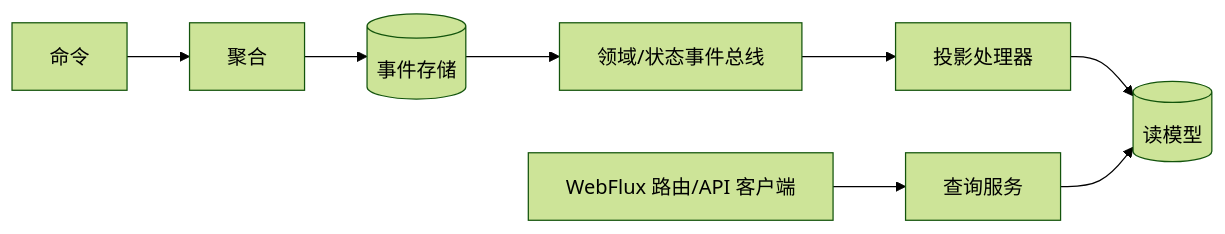
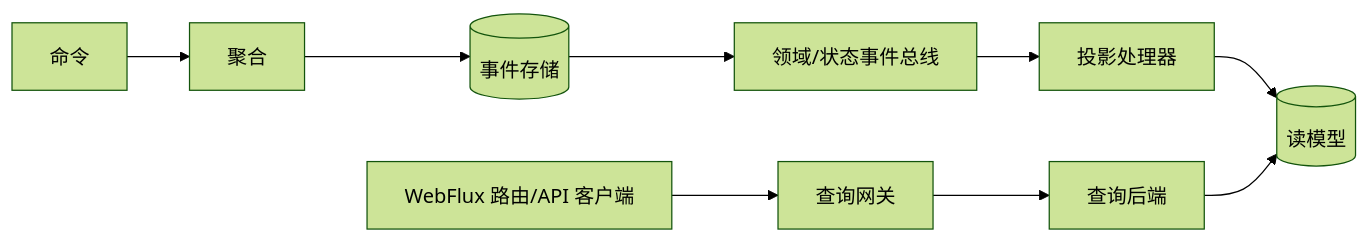
One commit to Ahoo-Wang/Wow changed the diagram in documentation/docs/zh/guide/projection.md. Above: the diagram before and after it, drawn with Mermaid (forest theme). The commit also changed 1 other file, not shown here.

Commit message:
docs(query): show gateway backend boundary

````diff
--- a/documentation/docs/zh/guide/projection.md
+++ b/documentation/docs/zh/guide/projection.md
@@ -26,10 +26,11 @@
 ```mermaid
 flowchart LR
     C[命令] --> A[聚合]
     A --> E[(事件存储)]
     E --> B[领域/状态事件总线]
     B --> P[投影处理器]
     P --> R[(读模型)]
-    Q[查询服务] --> R
-    H[WebFlux 路由/API 客户端] --> Q
+    H[WebFlux 路由/API 客户端] --> G[查询网关]
+    G --> Q[查询后端]
+    Q --> R
 ```
````
